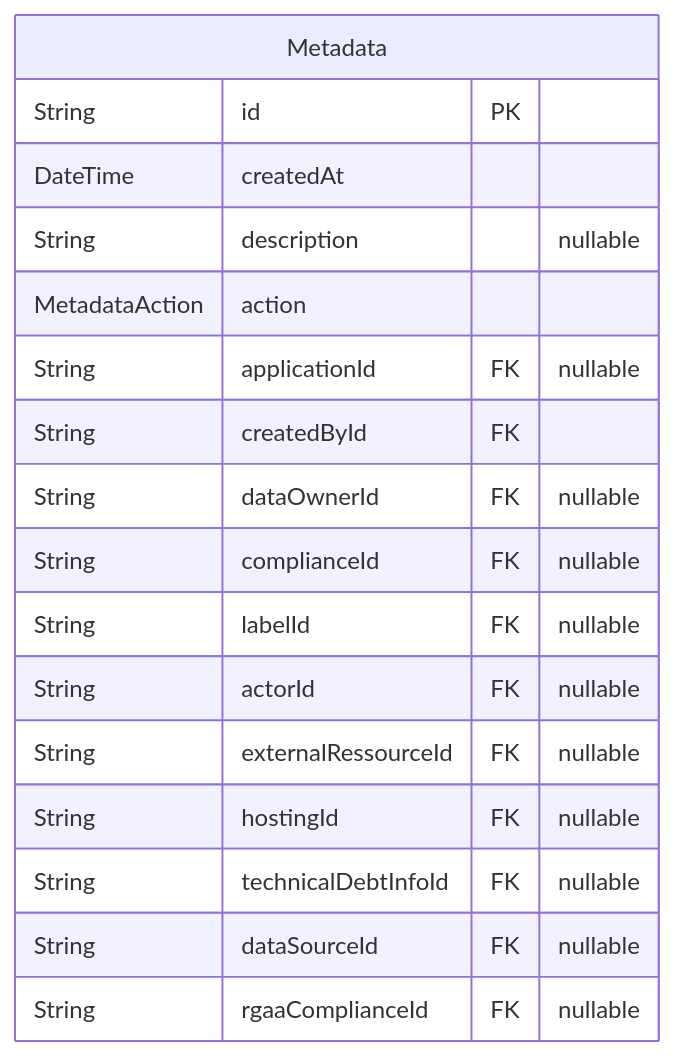
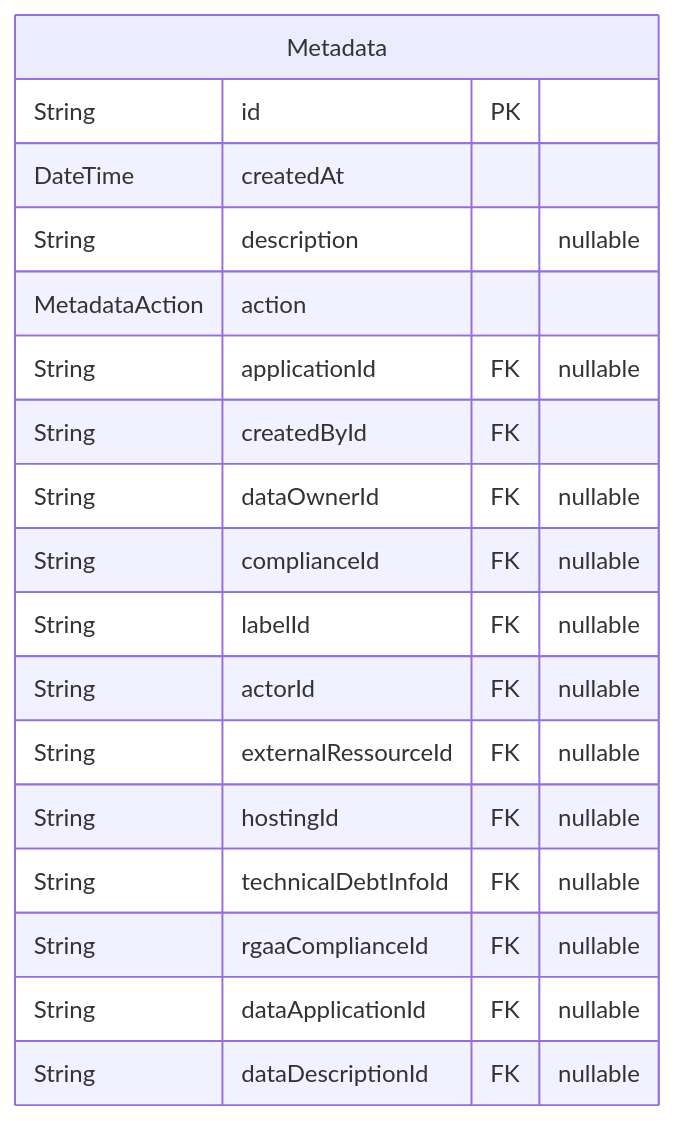
Before and after one commit to dnum-mi/referentiel-applications: the seventh of 13 diagrams in backend/prisma/docs/schema.md, drawn with Mermaid. The commit also changed other lines of this file and 40 other files, not shown here.

````diff
--- a/backend/prisma/docs/schema.md
+++ b/backend/prisma/docs/schema.md
@@ -481,20 +580,21 @@
 ```mermaid
 erDiagram
 "Metadata" {
   String id PK
   DateTime createdAt
   String description "nullable"
   MetadataAction action
   String applicationId FK "nullable"
   String createdById FK
   String dataOwnerId FK "nullable"
   String complianceId FK "nullable"
   String labelId FK "nullable"
   String actorId FK "nullable"
   String externalRessourceId FK "nullable"
   String hostingId FK "nullable"
   String technicalDebtInfoId FK "nullable"
-  String dataSourceId FK "nullable"
   String rgaaComplianceId FK "nullable"
+  String dataApplicationId FK "nullable"
+  String dataDescriptionId FK "nullable"
 }
 ```
````
